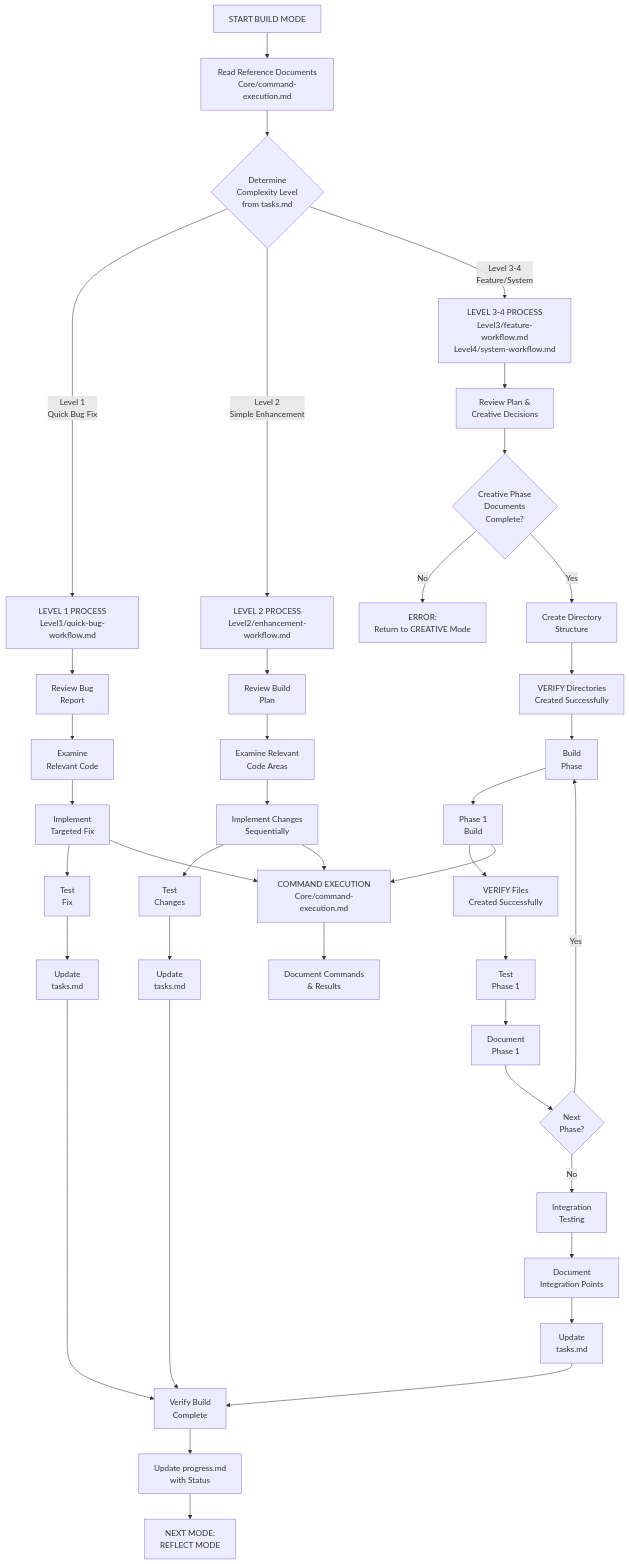
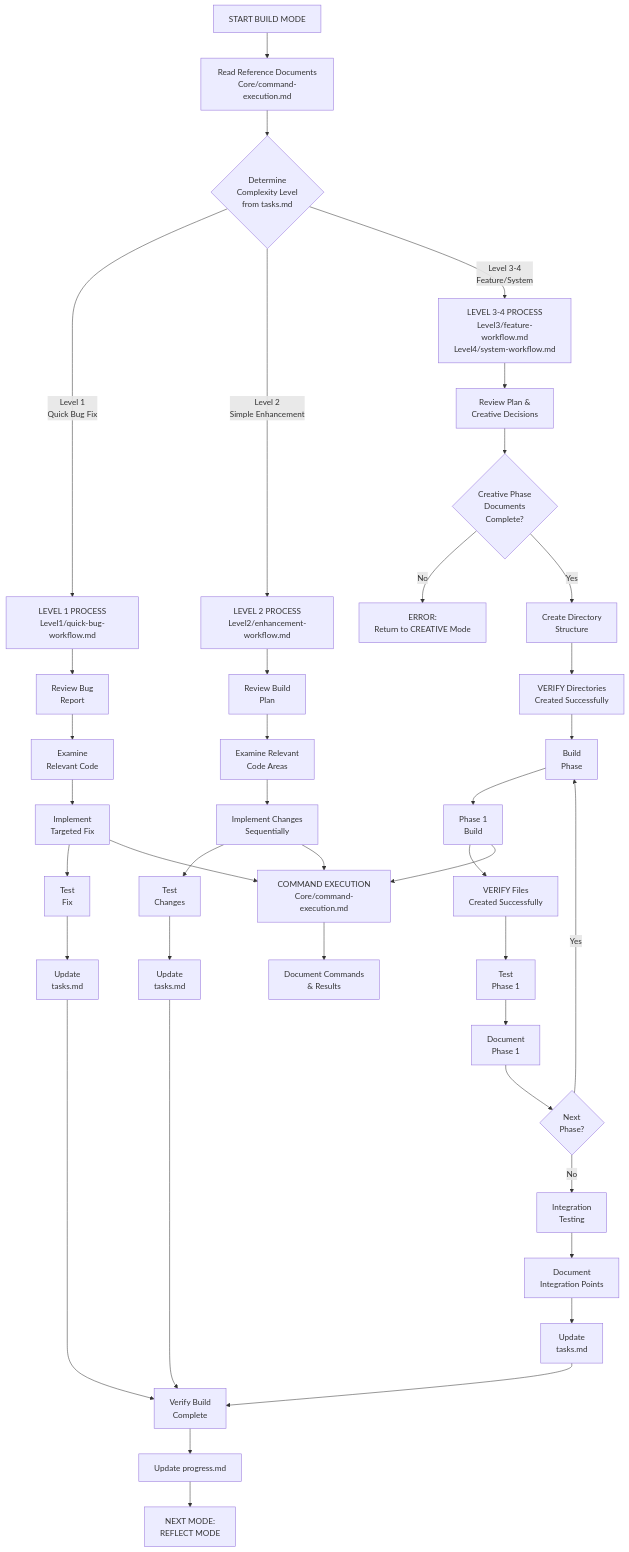
Before and after one commit to xianzhu21/cursor-memory-notion: the first of 5 diagrams in .cursor/rules/isolation_rules/visual-maps/build-mode-map.mdc, drawn with Mermaid. The commit also changed other lines of this file and 2 other files, not shown here.

````diff
--- a/.cursor/rules/isolation_rules/visual-maps/build-mode-map.mdc
+++ b/.cursor/rules/isolation_rules/visual-maps/build-mode-map.mdc
@@ -13,54 +13,54 @@
 ```mermaid
 graph TD
     Start["START BUILD MODE"] --> ReadDocs["Read Reference Documents<br>Core/command-execution.md"]
     
     %% Initialization
     ReadDocs --> CheckLevel{"Determine<br>Complexity Level<br>from tasks.md"}
     
     %% Level 1 Implementation
     CheckLevel -->|"Level 1<br>Quick Bug Fix"| L1Process["LEVEL 1 PROCESS<br>Level1/quick-bug-workflow.md"]
     L1Process --> L1Review["Review Bug<br>Report"]
     L1Review --> L1Examine["Examine<br>Relevant Code"]
     L1Examine --> L1Fix["Implement<br>Targeted Fix"]
     L1Fix --> L1Test["Test<br>Fix"]
     L1Test --> L1Update["Update<br>tasks.md"]
     
     %% Level 2 Implementation
     CheckLevel -->|"Level 2<br>Simple Enhancement"| L2Process["LEVEL 2 PROCESS<br>Level2/enhancement-workflow.md"]
     L2Process --> L2Review["Review Build<br>Plan"]
     L2Review --> L2Examine["Examine Relevant<br>Code Areas"]
     L2Examine --> L2Implement["Implement Changes<br>Sequentially"]
     L2Implement --> L2Test["Test<br>Changes"]
     L2Test --> L2Update["Update<br>tasks.md"]
     
     %% Level 3-4 Implementation
     CheckLevel -->|"Level 3-4<br>Feature/System"| L34Process["LEVEL 3-4 PROCESS<br>Level3/feature-workflow.md<br>Level4/system-workflow.md"]
     L34Process --> L34Review["Review Plan &<br>Creative Decisions"]
     L34Review --> L34Phase{"Creative Phase<br>Documents<br>Complete?"}
     
     L34Phase -->|"No"| L34Error["ERROR:<br>Return to CREATIVE Mode"]
     L34Phase -->|"Yes"| L34DirSetup["Create Directory<br>Structure"]
     L34DirSetup --> L34VerifyDirs["VERIFY Directories<br>Created Successfully"]
     L34VerifyDirs --> L34Implementation["Build<br>Phase"]
     
     %% Implementation Phases
     L34Implementation --> L34Phase1["Phase 1<br>Build"]
     L34Phase1 --> L34VerifyFiles["VERIFY Files<br>Created Successfully"]
     L34VerifyFiles --> L34Test1["Test<br>Phase 1"]
     L34Test1 --> L34Document1["Document<br>Phase 1"]
     L34Document1 --> L34Next1{"Next<br>Phase?"}
     L34Next1 -->|"Yes"| L34Implementation
     
     L34Next1 -->|"No"| L34Integration["Integration<br>Testing"]
     L34Integration --> L34Document["Document<br>Integration Points"]
     L34Document --> L34Update["Update<br>tasks.md"]
     
     %% Command Execution
     L1Fix & L2Implement & L34Phase1 --> CommandExec["COMMAND EXECUTION<br>Core/command-execution.md"]
     CommandExec --> DocCommands["Document Commands<br>& Results"]
     
     %% Completion & Transition
     L1Update & L2Update & L34Update --> VerifyComplete["Verify Build<br>Complete"]
-    VerifyComplete --> UpdateProgress["Update progress.md<br>with Status"]
+    VerifyComplete --> UpdateProgress["Update progress.md"]
     UpdateProgress --> Transition["NEXT MODE:<br>REFLECT MODE"]
 ```
````
